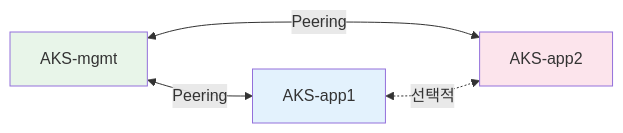
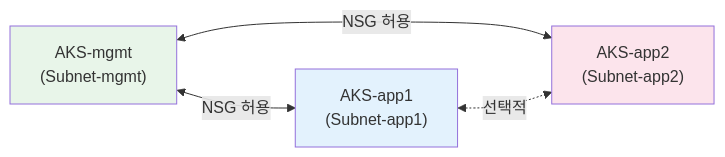
Before and after one commit to bocopile/mac-k8s-multipass-terraform: the second of 6 diagrams in document/azure/ARCHITECTURE.md, drawn with Mermaid. The commit also changed other lines of this file and 3 other files, not shown here.

````diff
--- a/document/azure/ARCHITECTURE.md
+++ b/document/azure/ARCHITECTURE.md
@@ -222,14 +224,14 @@
 ```mermaid
 flowchart LR
-    mgmt["AKS-mgmt"]
-    app1["AKS-app1"]
-    app2["AKS-app2"]
+    mgmt["AKS-mgmt<br/>(Subnet-mgmt)"]
+    app1["AKS-app1<br/>(Subnet-app1)"]
+    app2["AKS-app2<br/>(Subnet-app2)"]
 
-    mgmt <-->|"Peering"| app1
-    mgmt <-->|"Peering"| app2
+    mgmt <-->|"NSG 허용"| app1
+    mgmt <-->|"NSG 허용"| app2
     app1 <-.->|"선택적"| app2
 
     style mgmt fill:#e8f5e9
     style app1 fill:#e3f2fd
     style app2 fill:#fce4ec
 ```
````
